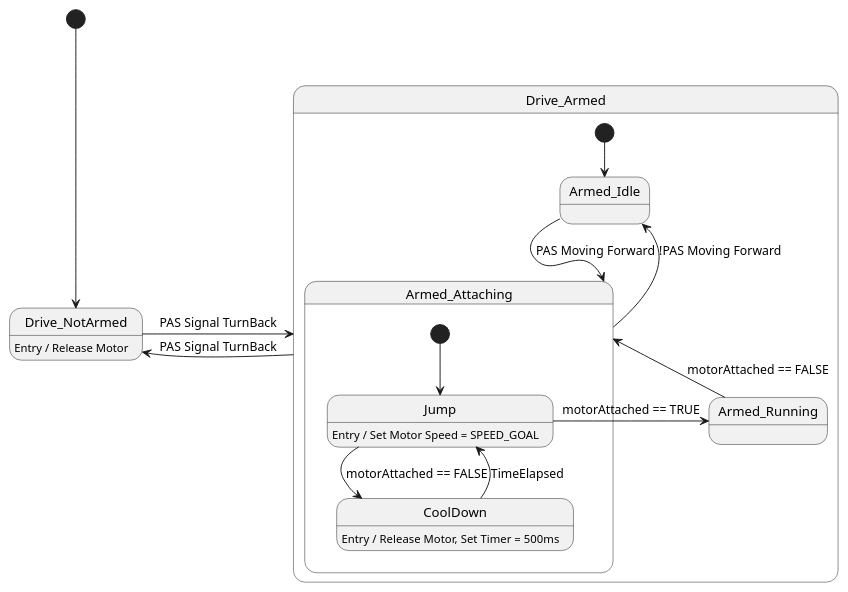
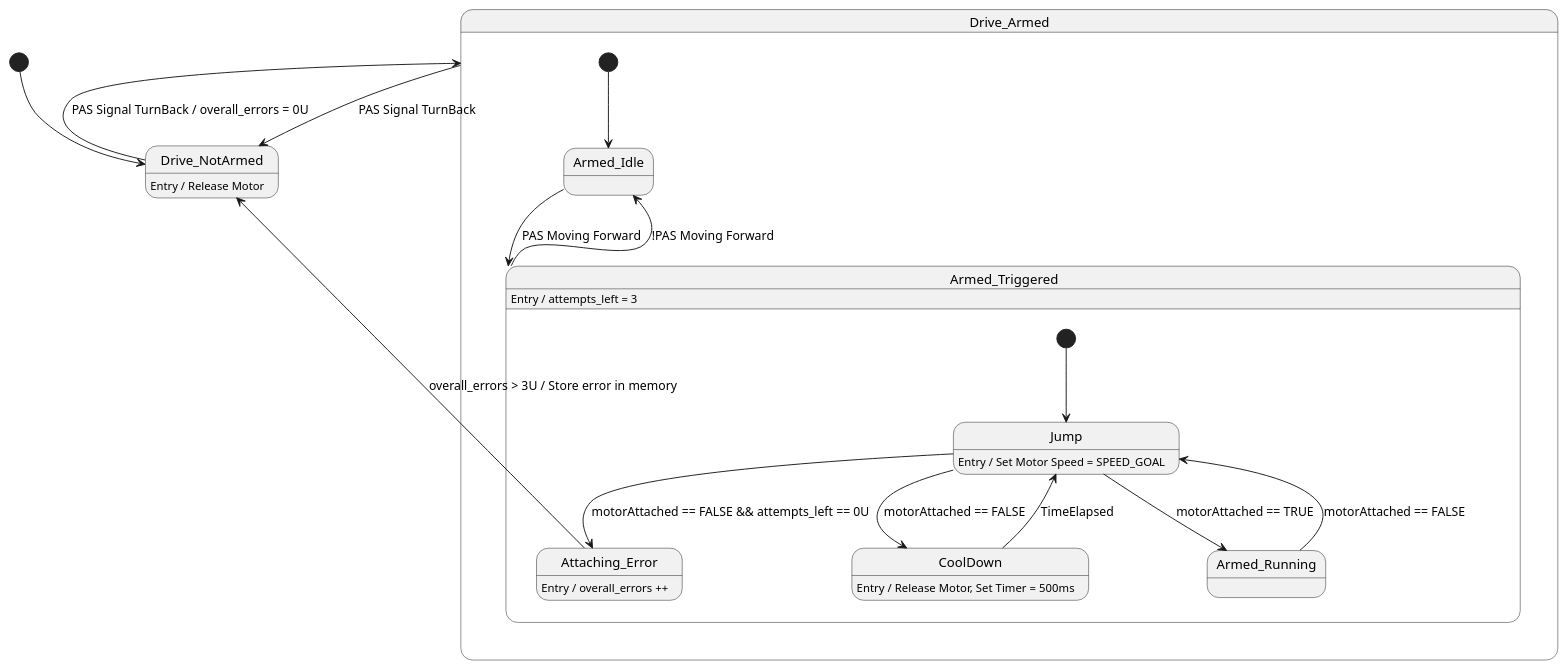
Before and after one commit to PiotrStrzalka/PiotrStrzalka.github.io: the diagram in uml/fdrive-app-sm.iuml, drawn with PlantUML. The commit also changed 1 other file, not shown here.

Commit message:
Improved app_fdrive diagram

```diff
--- a/uml/fdrive-app-sm.iuml
+++ b/uml/fdrive-app-sm.iuml
@@ -1,24 +1,33 @@
 @startuml
 [*] --> Drive_NotArmed
 Drive_NotArmed: Entry / Release Motor
-Drive_NotArmed -> Drive_Armed : PAS Signal TurnBack
-Drive_Armed -left-> Drive_NotArmed : PAS Signal TurnBack
+Drive_NotArmed --> Drive_Armed : PAS Signal TurnBack / overall_errors = 0U
+Drive_Armed --> Drive_NotArmed : PAS Signal TurnBack
   
 state Drive_Armed {
     [*] --> Armed_Idle
-    Armed_Idle --> Armed_Attaching : PAS Moving Forward
-    state Armed_Attaching {
+    Armed_Idle --> Armed_Triggered : PAS Moving Forward
+    state Armed_Triggered {
         [*] --> Jump
         Jump --> CoolDown : motorAttached == FALSE
         CoolDown --> Jump : TimeElapsed
+        Jump --> Armed_Running : motorAttached == TRUE
+        Armed_Running --> Jump : motorAttached == FALSE
+
+        Jump --> Attaching_Error : motorAttached == FALSE && attempts_left == 0U
+
+        Attaching_Error : Entry / overall_errors ++
         Jump : Entry / Set Motor Speed = SPEED_GOAL
         CoolDown :  Entry / Release Motor, Set Timer = 500ms
+
     }
+
+    Armed_Triggered : Entry / attempts_left = 3
     
-    Jump -> Armed_Running : motorAttached == TRUE
-    Armed_Running --> Armed_Attaching : motorAttached == FALSE
     
-    Armed_Attaching --> Armed_Idle: !PAS Moving Forward
+    Armed_Triggered --> Armed_Idle: !PAS Moving Forward
 }
 
+Attaching_Error --> Drive_NotArmed : overall_errors > 3U / Store error in memory
+
 @enduml
```
